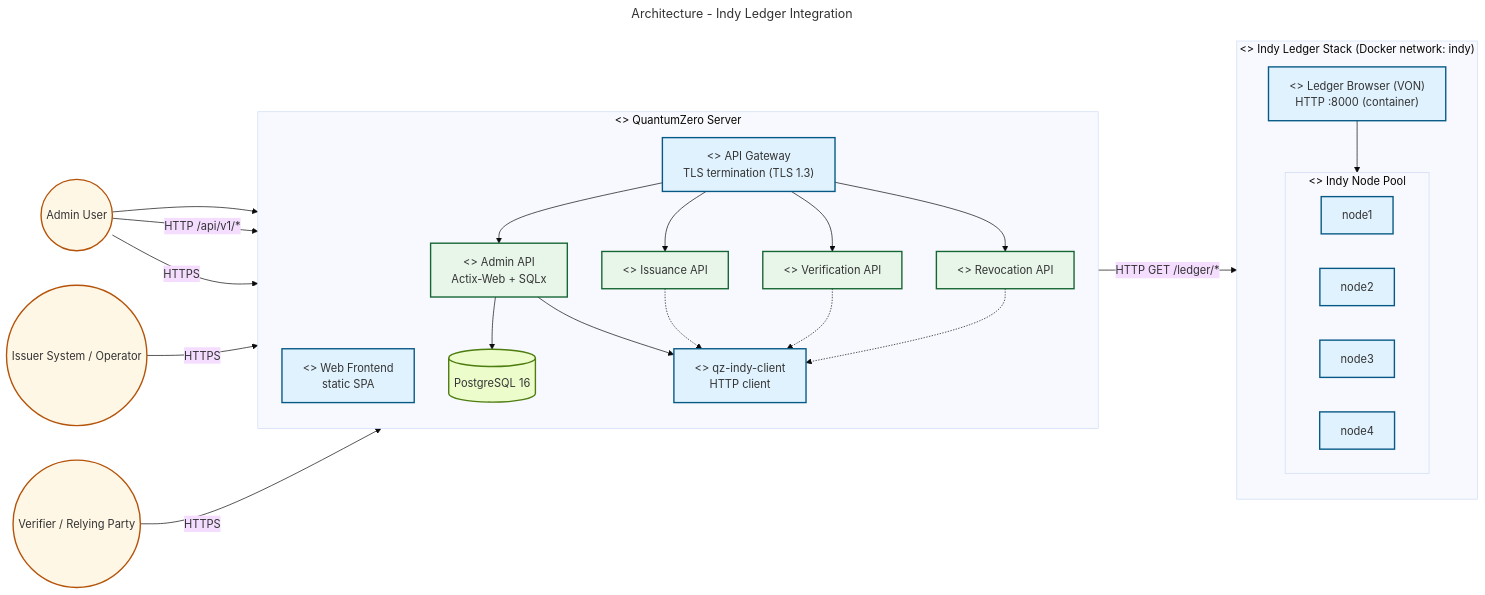
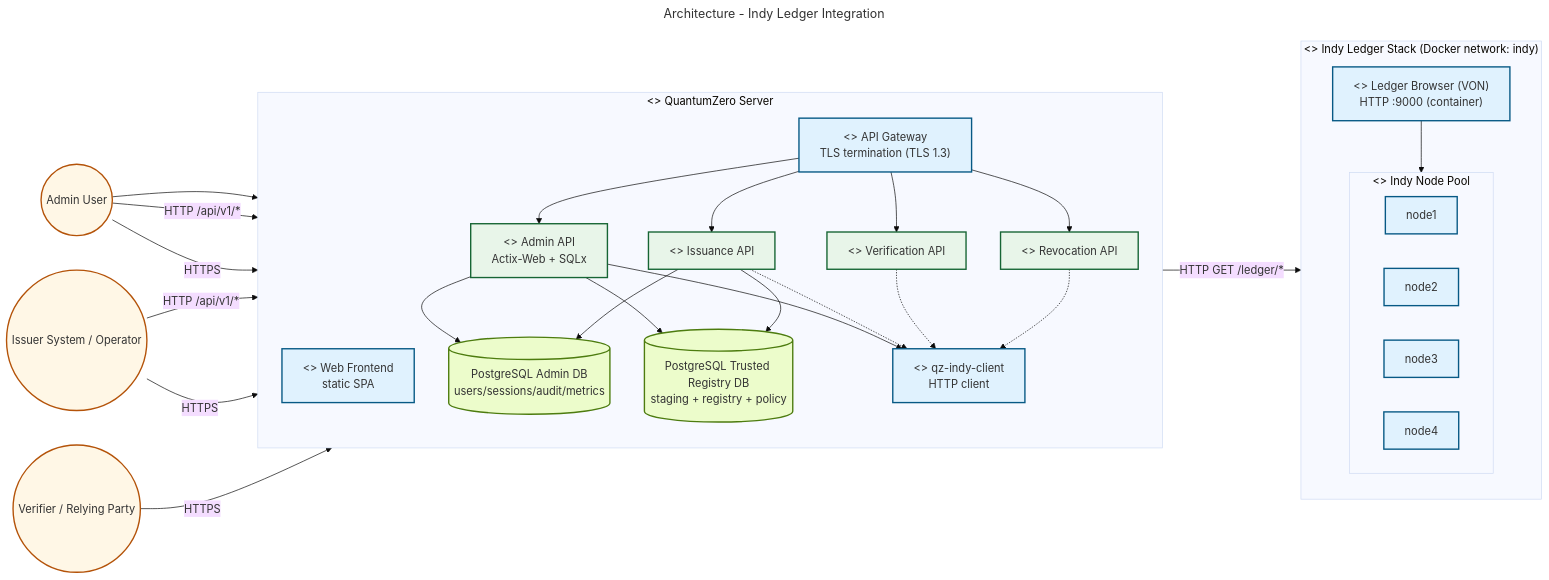
Before and after one commit to CHATEAUFORGE-LLC/QuantumZero: the diagram in diagrams/architecture-server-trusted-ledger.mmd, drawn with Mermaid. The commit also changed 21 other files, not shown here.

```diff
--- a/diagrams/architecture-server-trusted-ledger.mmd
+++ b/diagrams/architecture-server-trusted-ledger.mmd
@@ -1,64 +1,69 @@
 ---
 title: Architecture - Indy Ledger Integration
 config:
   theme: base
 ---
 %% QuantumZero UML palette note: actors/external=#fff7e6/#b45309, system/component=#e0f2fe/#075985, datastore=#ecfccb/#4d7c0f, notes=#fff9c4/#d97706. Aligns diagrams to Deliverable 1 UML/DFD theme.
 flowchart LR
     %% QuantumZero UML palette (standardized)
     classDef actor fill:#fff7e6,stroke:#b45309,stroke-width:2px
     classDef system fill:#eef2ff,stroke:#4338ca,stroke-width:2px
     classDef component fill:#e0f2fe,stroke:#075985,stroke-width:2px
     classDef service fill:#e8f5e9,stroke:#166534,stroke-width:2px
     classDef datastore fill:#ecfccb,stroke:#4d7c0f,stroke-width:2px
 
     %% Admin flows
     Admin(("Admin User")):::actor
     Verifier(("Verifier / Relying Party")):::actor
     Issuer(("Issuer System / Operator")):::actor
 
     subgraph QZ["<<system>> QuantumZero Server"]
         direction TB
         Web["<<component>> Web Frontend<br/>static SPA"]:::component
         Gateway["<<component>> API Gateway<br/>TLS termination (TLS 1.3)"]:::component
         AdminAPI["<<service>> Admin API<br/>Actix-Web + SQLx"]:::service
         IssuanceAPI["<<service>> Issuance API"]:::service
         VerificationAPI["<<service>> Verification API"]:::service
         RevocationAPI["<<service>> Revocation API"]:::service
-        DB[("PostgreSQL 16")]:::datastore
+        AdminDB[("PostgreSQL Admin DB<br/>users/sessions/audit/metrics")]:::datastore
+        StagingDB[("PostgreSQL Trusted Registry DB<br/>staging + registry + policy")]:::datastore
         IndyClient["<<component>> qz-indy-client<br/>HTTP client"]:::component
     end
 
     subgraph Indy["<<system>> Indy Ledger Stack (Docker network: indy)"]
         direction TB
-        Browser["<<component>> Ledger Browser (VON)<br/>HTTP :8000 (container)"]:::component
+        Browser["<<component>> Ledger Browser (VON)<br/>HTTP :9000 (container)"]:::component
         subgraph Pool["<<system>> Indy Node Pool"]
             direction LR
             Node1["node1"]:::component
             Node2["node2"]:::component
             Node3["node3"]:::component
             Node4["node4"]:::component
         end
     end
 
     %% Interactions
     Admin --> Web
     Admin -->|HTTP /api/v1/*| AdminAPI
-    AdminAPI --> DB
+    Issuer -->|HTTP /api/v1/*| IssuanceAPI
+    AdminAPI --> AdminDB
+    AdminAPI --> StagingDB
+    IssuanceAPI --> StagingDB
+    IssuanceAPI --> AdminDB
     AdminAPI --> IndyClient
     IndyClient -->|HTTP GET /ledger/*| Browser
     Browser --> Pool
 
     %% API gateway routing
     Admin -->|HTTPS| Gateway
     Issuer -->|HTTPS| Gateway
     Verifier -->|HTTPS| Gateway
     Gateway --> AdminAPI
     Gateway --> IssuanceAPI
     Gateway --> VerificationAPI
     Gateway --> RevocationAPI
 
     %% Ledger integration for additional APIs
     IssuanceAPI -.-> IndyClient
     VerificationAPI -.-> IndyClient
     RevocationAPI -.-> IndyClient
```
